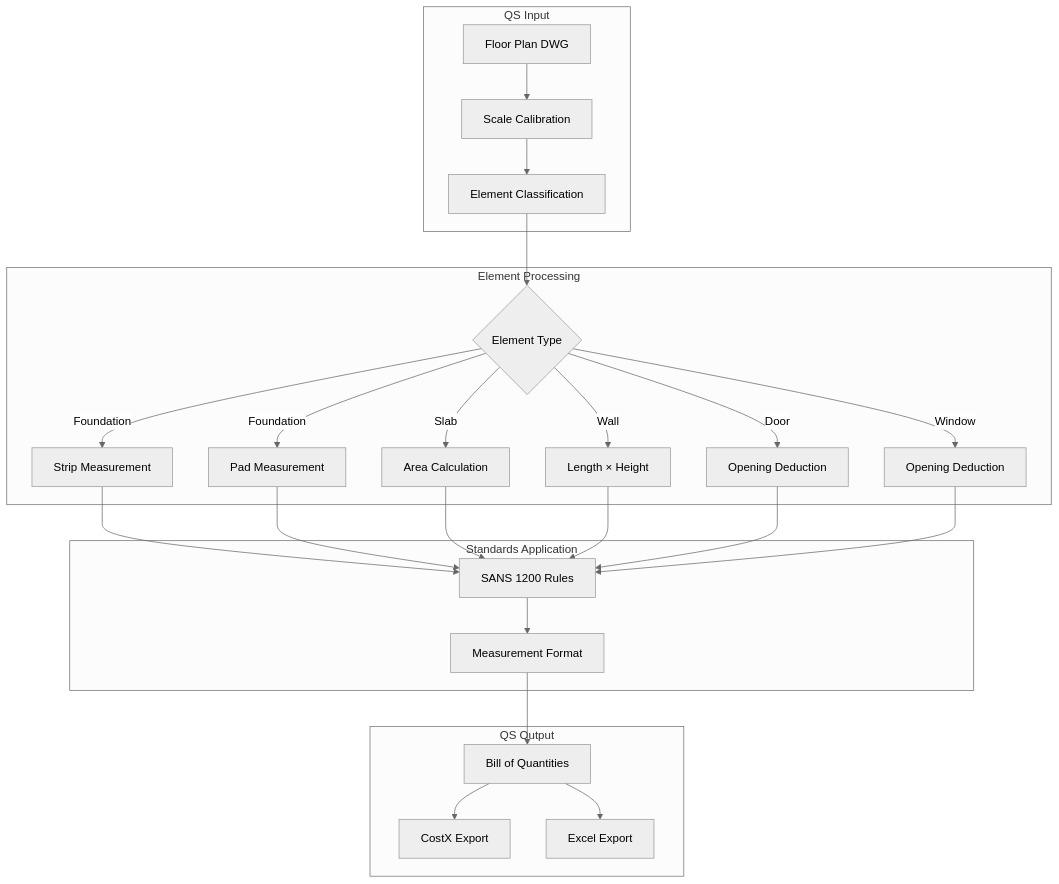
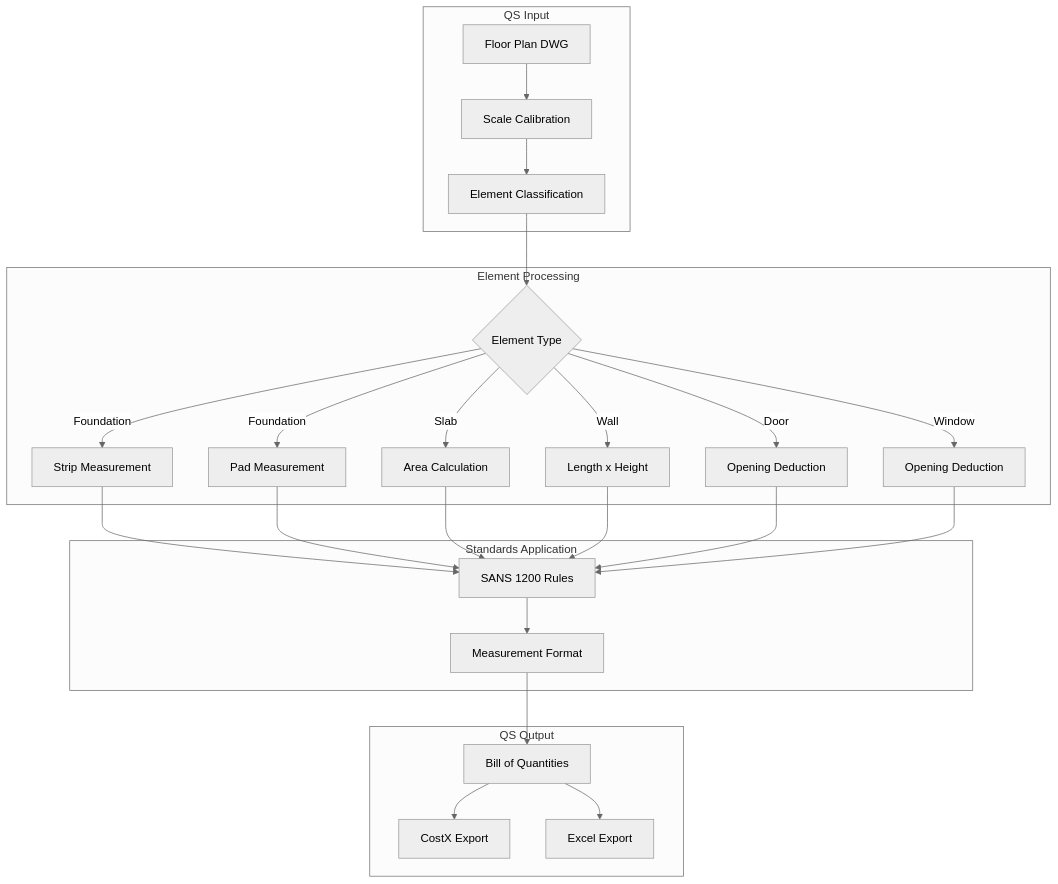
One commit to Construct-AI-primary/docs-paperclip changed the second of 4 diagrams in disciplines-shared/measurement/DISCIPLINE-WORKFLOWS-CATALOG.md. Above: the diagram before and after it, drawn with Mermaid (neutral theme). The commit also changed other lines of this file and 721 other files, not shown here.

````diff
--- a/disciplines-shared/measurement/DISCIPLINE-WORKFLOWS-CATALOG.md
+++ b/disciplines-shared/measurement/DISCIPLINE-WORKFLOWS-CATALOG.md
@@ -107,33 +140,33 @@
 ```mermaid
 flowchart TD
-    subgraph Input["QS Input"]
+    subgraph Input[QS Input]
         A[Floor Plan DWG] --> B[Scale Calibration]
         B --> C[Element Classification]
     end
 
-    subgraph Element["Element Processing"]
+    subgraph Element[Element Processing]
         C --> D{Element Type}
         D -->|Foundation| E[Strip Measurement]
         D -->|Foundation| F[Pad Measurement]
         D -->|Slab| G[Area Calculation]
-        D -->|Wall| H[Length × Height]
+        D -->|Wall| H[Length x Height]
         D -->|Door| I[Opening Deduction]
         D -->|Window| J[Opening Deduction]
     end
 
-    subgraph Standards["Standards Application"]
+    subgraph Standards[Standards Application]
         E --> K[SANS 1200 Rules]
         F --> K
         G --> K
         H --> K
         I --> K
         J --> K
         K --> L[Measurement Format]
     end
 
-    subgraph Output["QS Output"]
+    subgraph Output[QS Output]
         L --> M[Bill of Quantities]
         M --> N[CostX Export]
         M --> O[Excel Export]
     end
 ```
````
